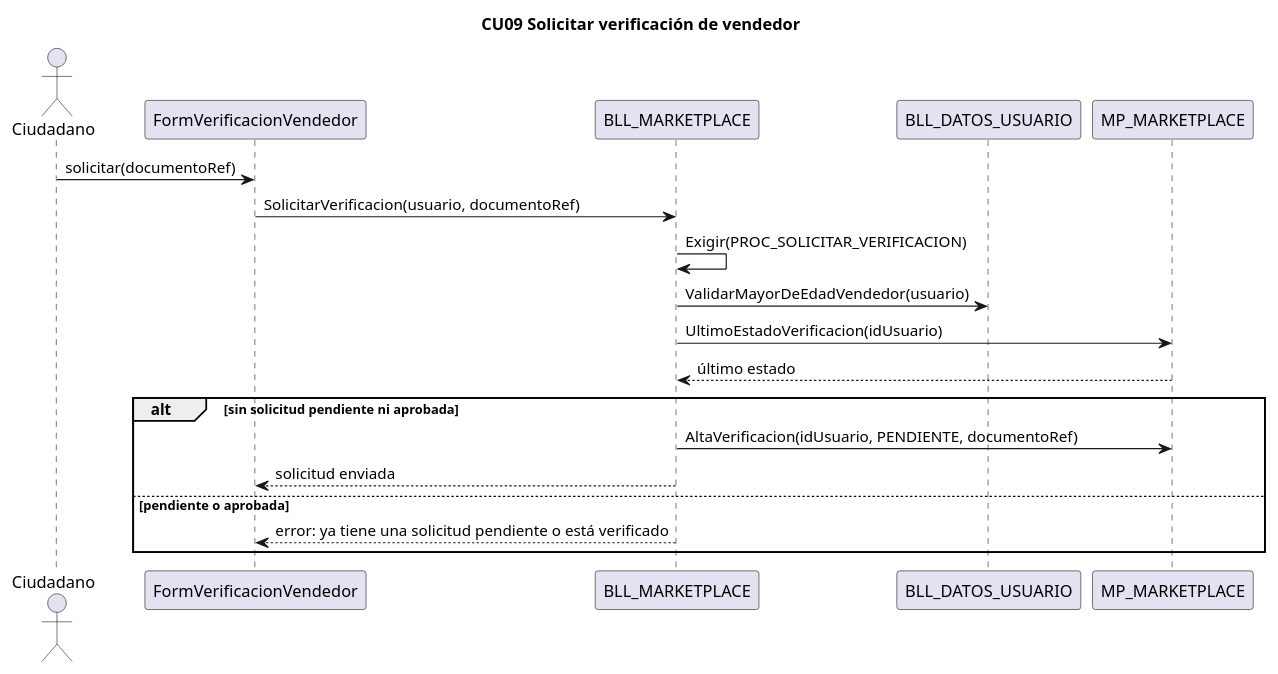
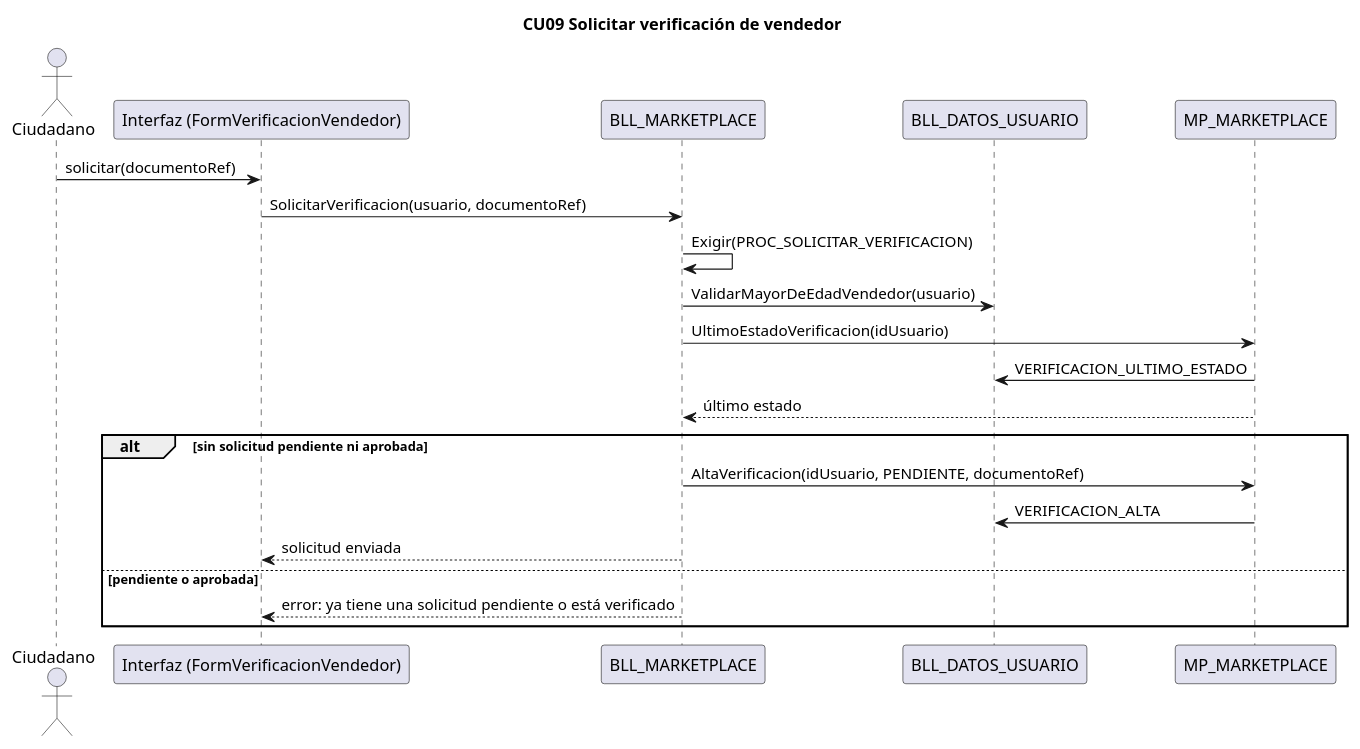
The diagram in docs/diagramas/secuencias/CU09_solicitar_verificacion.puml (L-Muniz/uai-diploma_2026), drawn with PlantUML before and after one commit. The commit also changed 36 other files, not shown here.

```diff
--- a/docs/diagramas/secuencias/CU09_solicitar_verificacion.puml
+++ b/docs/diagramas/secuencias/CU09_solicitar_verificacion.puml
@@ -1,20 +1,22 @@
 @startuml CU09
 title CU09 Solicitar verificación de vendedor
 actor Ciudadano
-participant "FormVerificacionVendedor" as IU
+participant "Interfaz (FormVerificacionVendedor)" as IU
 participant "BLL_MARKETPLACE" as BLL
 participant "BLL_DATOS_USUARIO" as BD
 participant "MP_MARKETPLACE" as DAL
 Ciudadano -> IU : solicitar(documentoRef)
 IU -> BLL : SolicitarVerificacion(usuario, documentoRef)
 BLL -> BLL : Exigir(PROC_SOLICITAR_VERIFICACION)
 BLL -> BD : ValidarMayorDeEdadVendedor(usuario)
 BLL -> DAL : UltimoEstadoVerificacion(idUsuario)
+DAL -> BD : VERIFICACION_ULTIMO_ESTADO
 DAL --> BLL : último estado
 alt sin solicitud pendiente ni aprobada
   BLL -> DAL : AltaVerificacion(idUsuario, PENDIENTE, documentoRef)
+DAL -> BD : VERIFICACION_ALTA
   BLL --> IU : solicitud enviada
 else pendiente o aprobada
   BLL --> IU : error: ya tiene una solicitud pendiente o está verificado
 end
 @enduml
```
